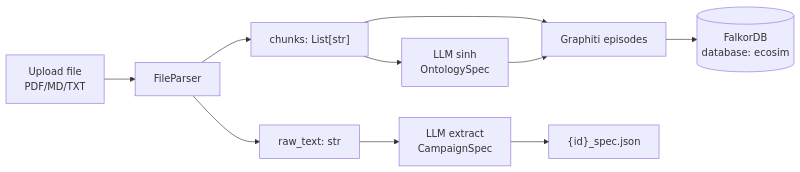
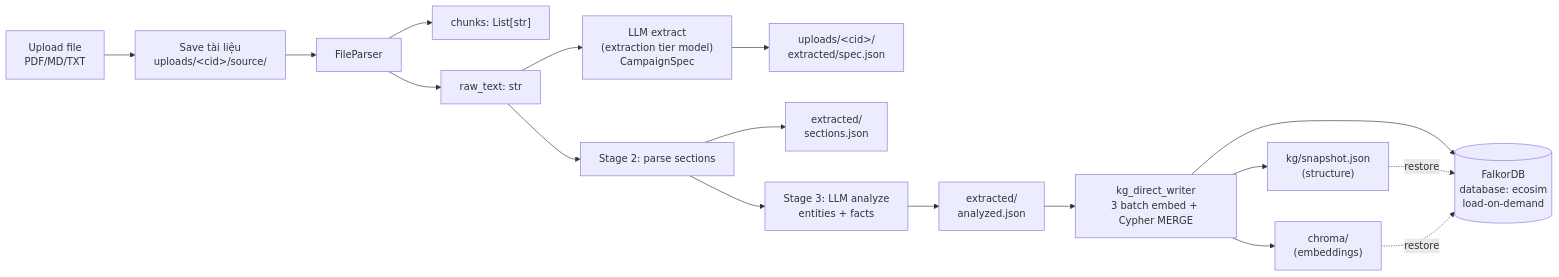
The first of 3 diagrams in docs/03_ingestion_kg.md (qchien643/EcoSim), drawn with Mermaid before and after one commit. The commit also changed other lines of this file and 5 other files, not shown here.

````diff
--- a/docs/03_ingestion_kg.md
+++ b/docs/03_ingestion_kg.md
@@ -5,12 +5,18 @@
 ```mermaid
 flowchart LR
-    Upload["Upload file<br/>PDF/MD/TXT"] --> Parse[FileParser]
+    Upload["Upload file<br/>PDF/MD/TXT"] --> Save["Save tài liệu<br/>uploads/&lt;cid&gt;/source/"]
+    Save --> Parse[FileParser]
     Parse --> Chunks["chunks: List[str]"]
     Parse --> Raw["raw_text: str"]
-    Raw --> Extract["LLM extract<br/>CampaignSpec"]
-    Chunks --> Ontology["LLM sinh<br/>OntologySpec"]
-    Chunks --> Graphiti["Graphiti episodes"]
-    Ontology --> Graphiti
-    Graphiti --> FalkorDB[("FalkorDB<br/>database: ecosim")]
-    Extract --> SpecFile["{id}_spec.json"]
+    Raw --> Extract["LLM extract<br/>(extraction tier model)<br/>CampaignSpec"]
+    Extract --> SpecFile["uploads/&lt;cid&gt;/<br/>extracted/spec.json"]
+    Raw --> Sec[Stage 2: parse sections]
+    Sec --> SecCache["extracted/<br/>sections.json"]
+    Sec --> Anal[Stage 3: LLM analyze<br/>entities + facts]
+    Anal --> AnalCache["extracted/<br/>analyzed.json"]
+    AnalCache --> Direct["kg_direct_writer<br/>3 batch embed + Cypher MERGE"]
+    Direct --> FalkorDB[("FalkorDB<br/>database: ecosim<br/>load-on-demand")]
+    Direct --> Snap["kg/snapshot.json<br/>(structure)"]
+    Direct --> Chroma["chroma/<br/>(embeddings)"]
+    Snap & Chroma -. restore .-> FalkorDB
 ```
````
